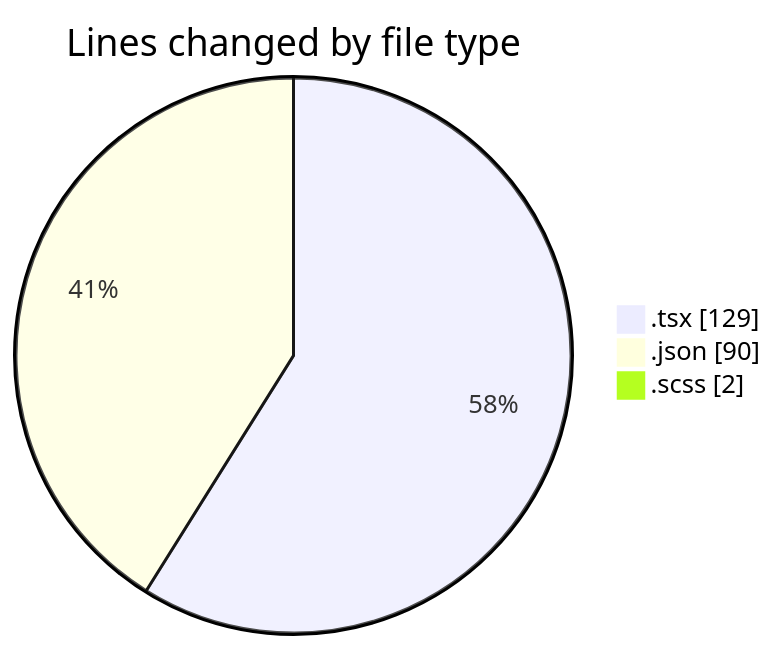
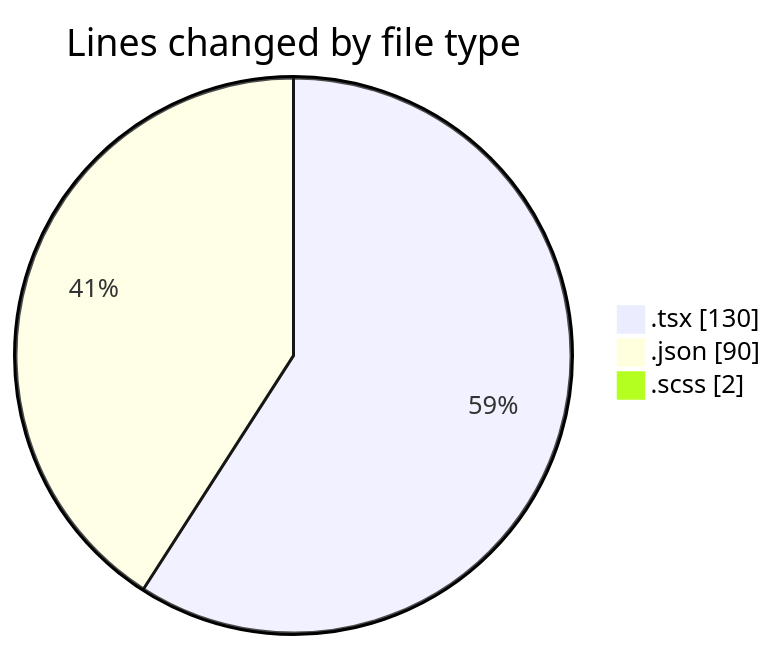
Before and after one commit to momahboobian/code-tracking: the first of 2 diagrams in 2026-05-13/cda/README.md, drawn with Mermaid. The commit also changed other lines of this file and 1 other file, not shown here.

````diff
--- a/2026-05-13/cda/README.md
+++ b/2026-05-13/cda/README.md
@@ -24,7 +24,7 @@
 ```mermaid
 pie showData
 title Lines changed by file type
-".tsx" : 129
+".tsx" : 130
 ".json" : 90
 ".scss" : 2
 ```
````
